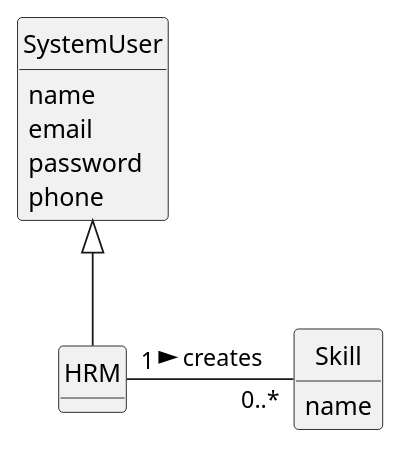
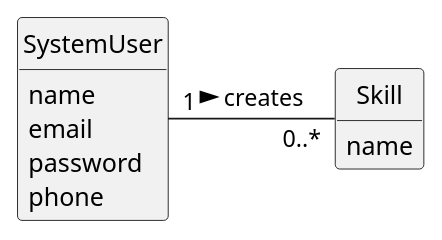
Before and after one commit to Departamento-de-Engenharia-Informatica/lei-24-s2-1do-g164: the diagram in docs/sprintB/us001/02.analysis/puml/us001-domain-model.puml, drawn with PlantUML. The commit also changed 9 other files, not shown here.

```diff
--- a/docs/sprintB/us001/02.analysis/puml/us001-domain-model.puml
+++ b/docs/sprintB/us001/02.analysis/puml/us001-domain-model.puml
@@ -1,32 +1,28 @@
 @startuml
 skinparam monochrome true
 skinparam packageStyle rectangle
 skinparam shadowing false
 
 skinparam classAttributeIconSize 0
 
 hide circle
 hide methods
 
 
 class SystemUser {
     name
     email
     password
     phone
 
 }
 
 class Skill {
     name
 }
 
-class HRM {
 
-}
+SystemUser "1" - "0..*" Skill : creates >
 
 
-HRM "1" - "0..*" Skill : creates >
-SystemUser <|-- HRM
-
 @enduml
```
